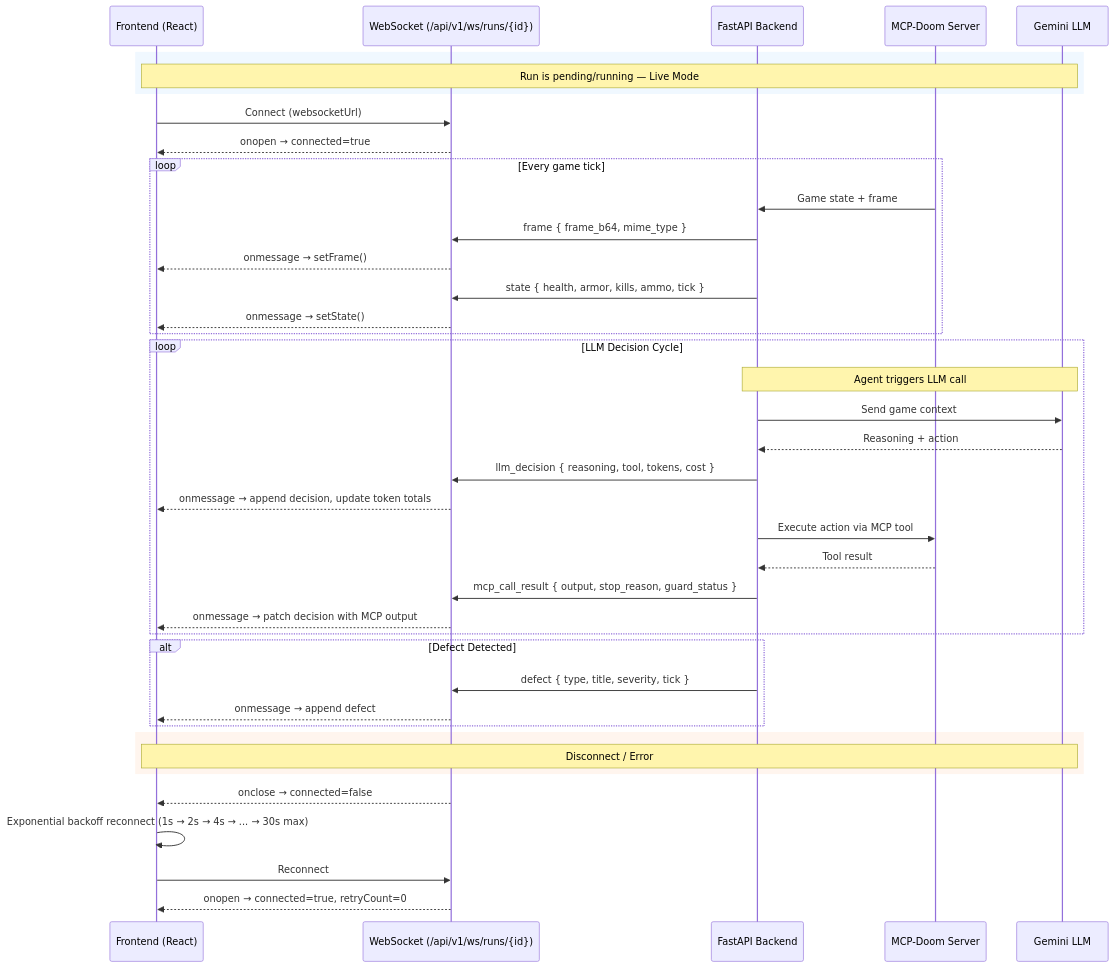
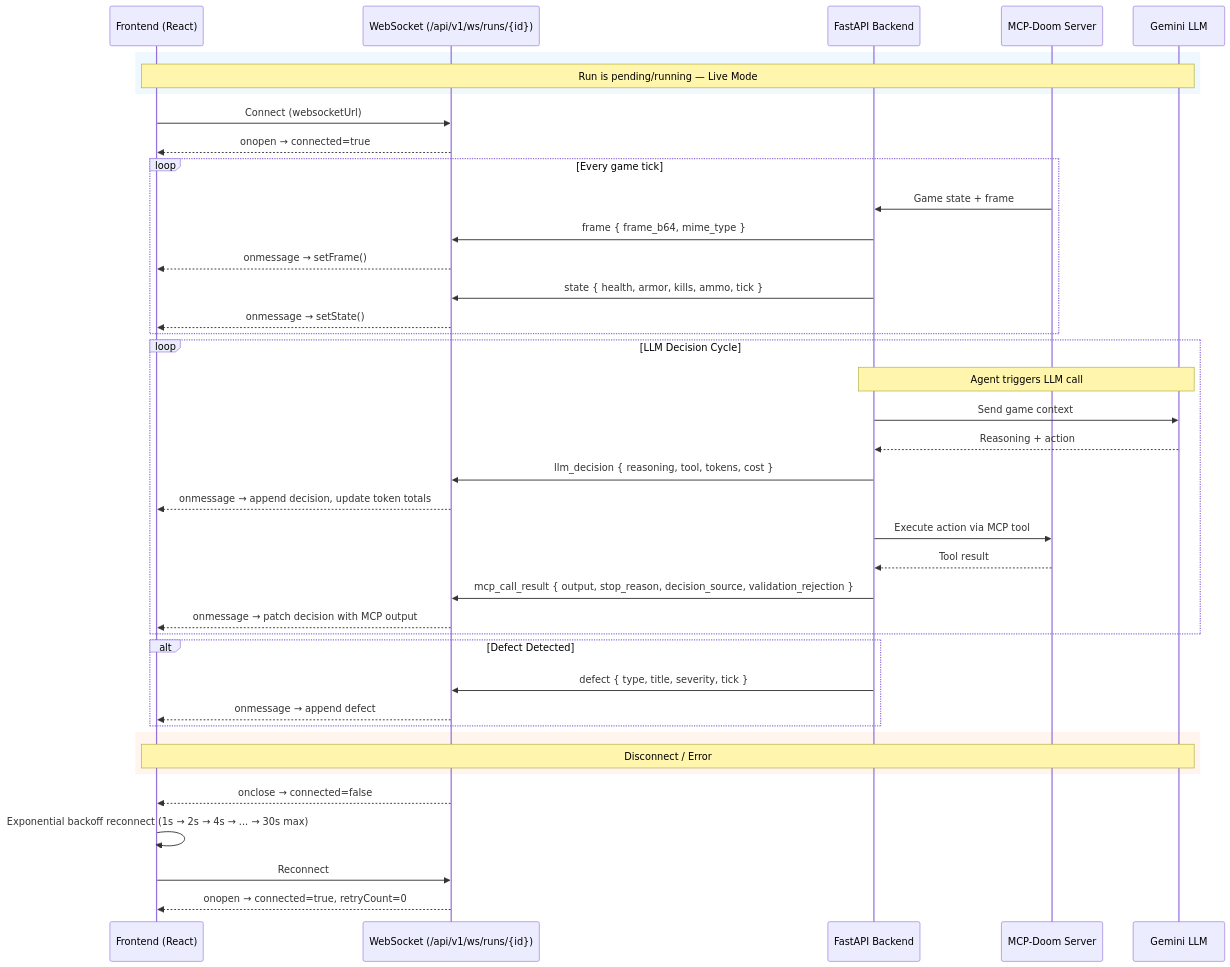
Before and after one commit to Steven-Nagy-788/Agentic-PWAD-QA-Doom: the first of 2 diagrams in docs/frontend/pages.md, drawn with Mermaid. The commit also changed other lines of this file and 118 other files, not shown here.

````diff
--- a/docs/frontend/pages.md
+++ b/docs/frontend/pages.md
@@ -248,49 +248,49 @@
 ```mermaid
 sequenceDiagram
     participant Browser as Frontend (React)
     participant WS as WebSocket (/api/v1/ws/runs/{id})
     participant API as FastAPI Backend
     participant MCP as MCP-Doom Server
     participant LLM as Gemini LLM
 
     rect rgb(240, 248, 255)
         Note over Browser,LLM: Run is pending/running — Live Mode
     end
 
     Browser->>WS: Connect (websocketUrl)
     WS-->>Browser: onopen → connected=true
 
     loop Every game tick
         MCP->>API: Game state + frame
         API->>WS: frame { frame_b64, mime_type }
         WS-->>Browser: onmessage → setFrame()
         API->>WS: state { health, armor, kills, ammo, tick }
         WS-->>Browser: onmessage → setState()
     end
 
     loop LLM Decision Cycle
         Note over API,LLM: Agent triggers LLM call
         API->>LLM: Send game context
         LLM-->>API: Reasoning + action
         API->>WS: llm_decision { reasoning, tool, tokens, cost }
         WS-->>Browser: onmessage → append decision, update token totals
         API->>MCP: Execute action via MCP tool
         MCP-->>API: Tool result
-        API->>WS: mcp_call_result { output, stop_reason, guard_status }
+        API->>WS: mcp_call_result { output, stop_reason, decision_source, validation_rejection }
         WS-->>Browser: onmessage → patch decision with MCP output
     end
 
     alt Defect Detected
         API->>WS: defect { type, title, severity, tick }
         WS-->>Browser: onmessage → append defect
     end
 
     rect rgb(255, 245, 238)
         Note over Browser,LLM: Disconnect / Error
     end
 
     WS-->>Browser: onclose → connected=false
     Browser->>Browser: Exponential backoff reconnect (1s → 2s → 4s → ... → 30s max)
     Browser->>WS: Reconnect
     WS-->>Browser: onopen → connected=true, retryCount=0
 ```
````
